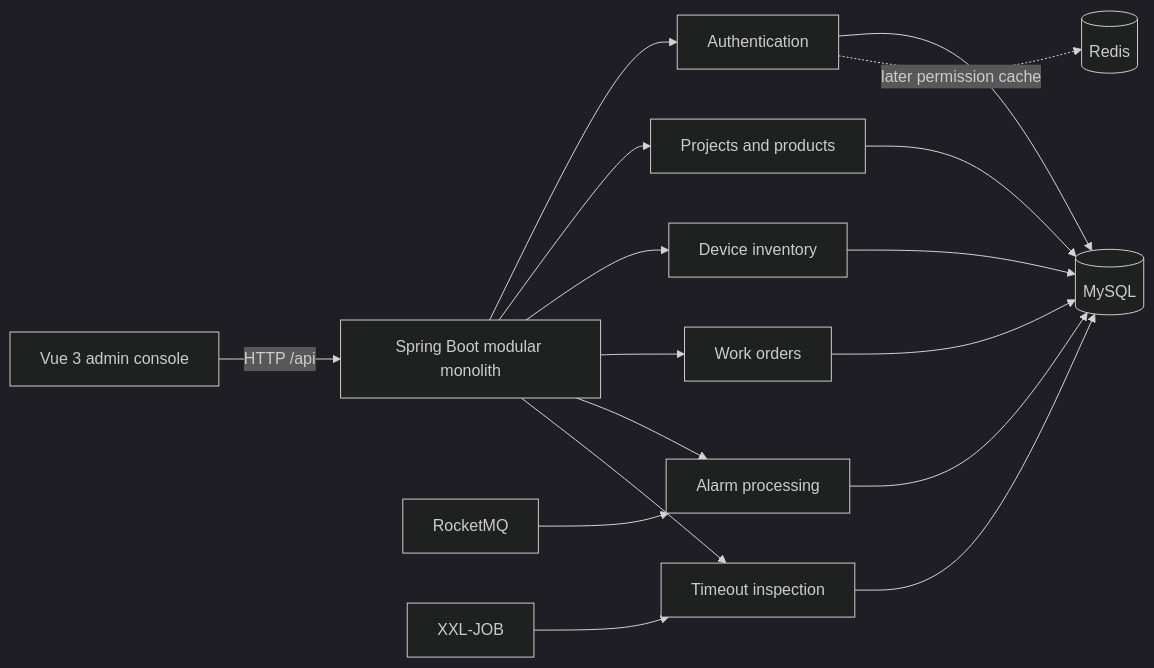
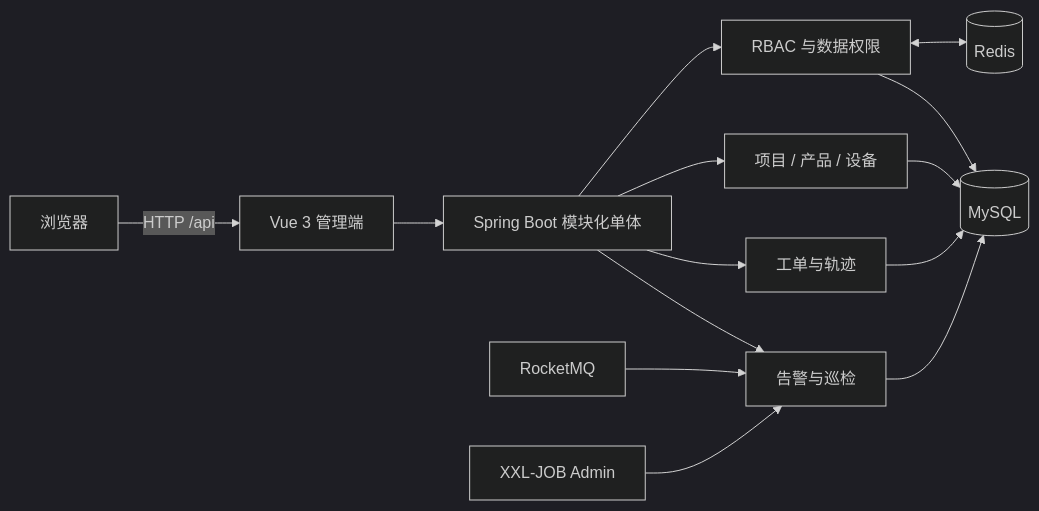
One commit to xianspiderman/iot-ops-platform changed the diagram in README.md. Above: the diagram before and after it, drawn with Mermaid (dark theme). The commit also changed other lines of this file and 89 other files, not shown here.

````diff
--- a/README.md
+++ b/README.md
@@ -29,19 +26,16 @@
 ```mermaid
 flowchart LR
-    UI[Vue 3 admin console] -->|HTTP /api| APP[Spring Boot modular monolith]
-    APP --> AUTH[Authentication]
-    APP --> MASTER[Projects and products]
-    APP --> DEVICE[Device inventory]
-    APP --> WO[Work orders]
-    APP --> ALARM[Alarm processing]
-    APP --> JOB[Timeout inspection]
+    B[浏览器] -->|HTTP /api| FE[Vue 3 管理端]
+    FE --> APP[Spring Boot 模块化单体]
+    APP --> AUTH[RBAC 与数据权限]
+    APP --> DEV[项目 / 产品 / 设备]
+    APP --> WO[工单与轨迹]
+    APP --> REL[告警与巡检]
+    AUTH <--> REDIS[(Redis)]
     AUTH --> MYSQL[(MySQL)]
-    MASTER --> MYSQL
-    DEVICE --> MYSQL
+    DEV --> MYSQL
     WO --> MYSQL
-    ALARM --> MYSQL
-    JOB --> MYSQL
-    MQ[RocketMQ] --> ALARM
-    XXL[XXL-JOB] --> JOB
-    AUTH -. later permission cache .-> REDIS[(Redis)]
+    REL --> MYSQL
+    MQ[RocketMQ] --> REL
+    XXL[XXL-JOB Admin] --> REL
 ```
````
